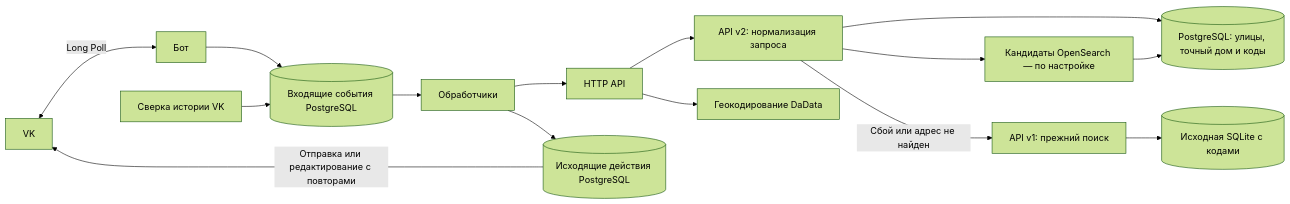
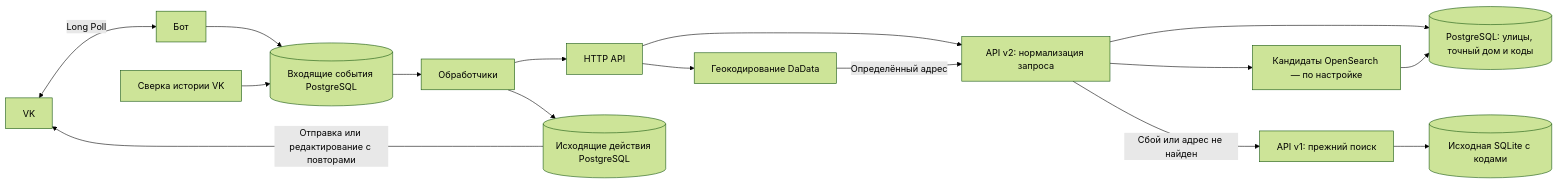
One commit to omkality/domofomka changed the first of 5 diagrams in README.md. Above: the diagram before and after it, drawn with Mermaid (forest theme). The commit also changed other lines of this file and 8 other files, not shown here.

````diff
--- a/README.md
+++ b/README.md
@@ -8,17 +8,18 @@
 ```mermaid
 flowchart LR
     VK[VK] <-->|Long Poll| B[Бот]
     B --> I[(Входящие события PostgreSQL)]
     H[Сверка истории VK] --> I
     I --> W[Обработчики]
     W --> A[HTTP API]
     A --> V2[API v2: нормализация запроса]
     V2 --> C[(PostgreSQL: улицы, точный дом и коды)]
     V2 --> OS[Кандидаты OpenSearch — по настройке]
     OS --> C
     V2 -->|Сбой или адрес не найден| V1[API v1: прежний поиск]
     V1 --> DB[(Исходная SQLite с кодами)]
     A --> D[Геокодирование DaData]
+    D -->|Определённый адрес| V2
     W --> O[(Исходящие действия PostgreSQL)]
     O -->|Отправка или редактирование с повторами| VK
 ```
````
